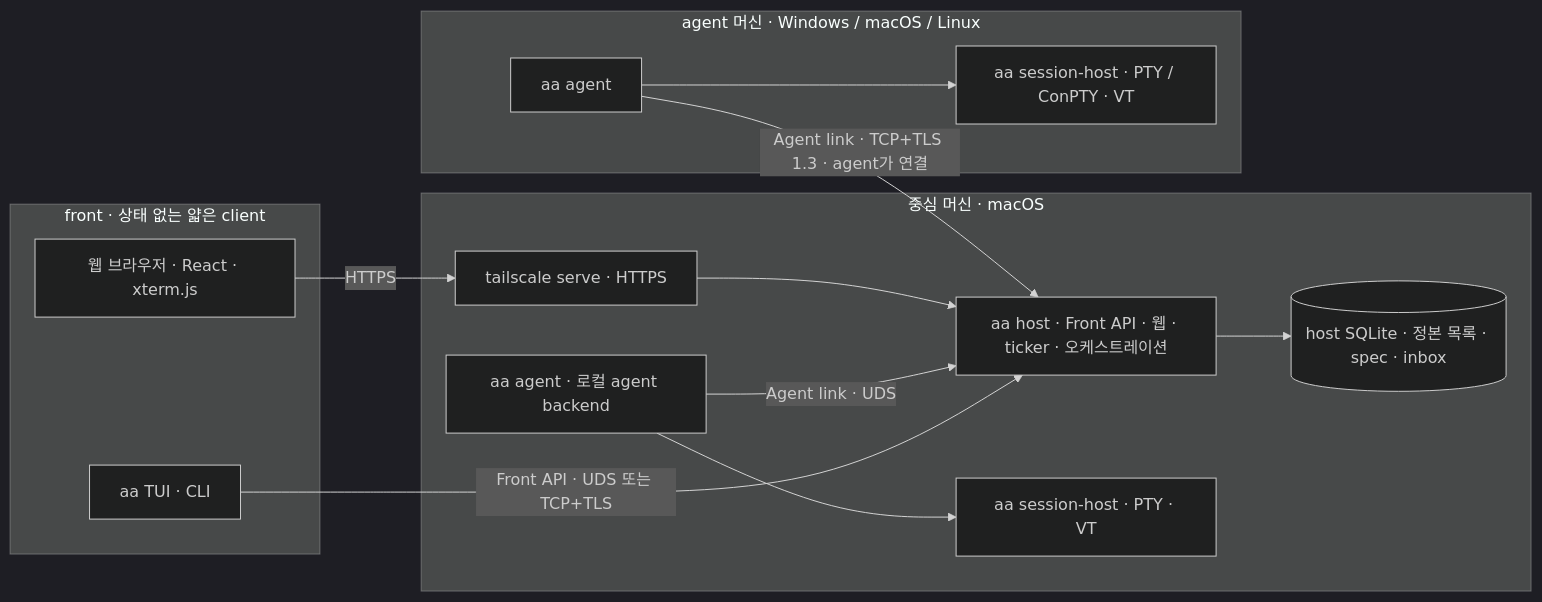
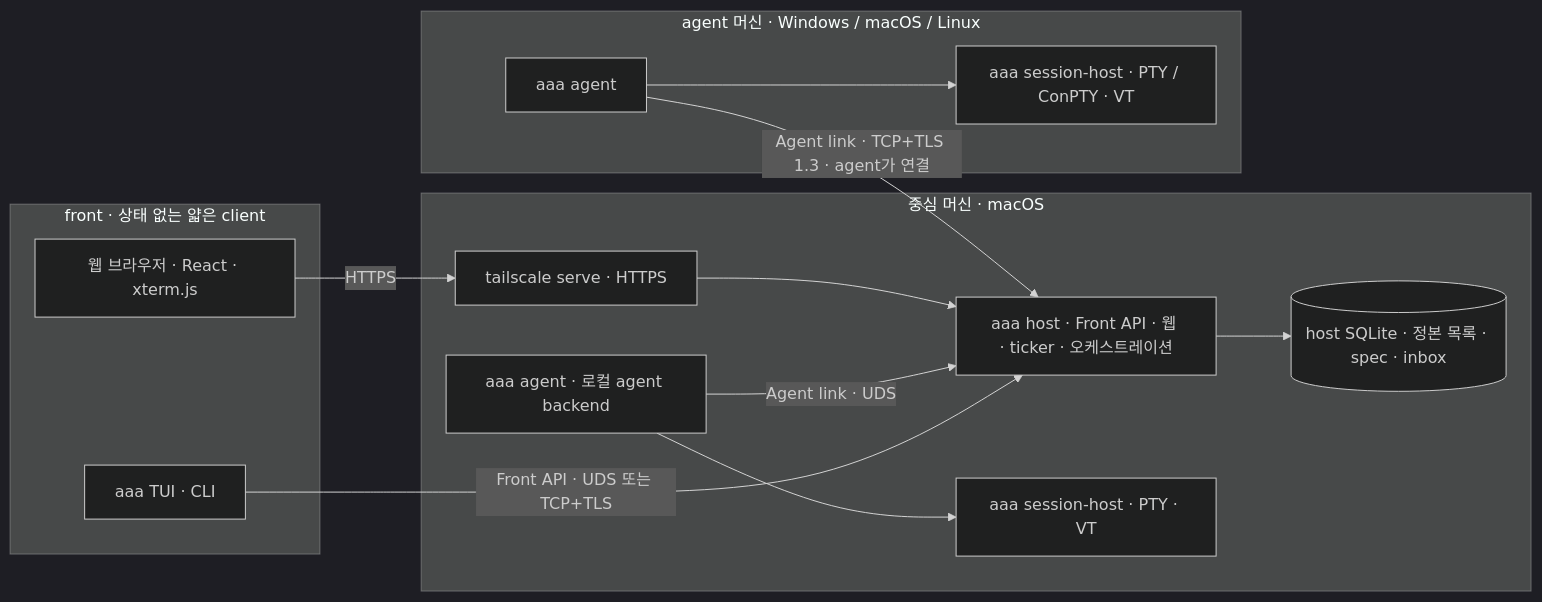
Before and after one commit to cLazyZombie/aa: the first of 2 diagrams in docs/plan.md, drawn with Mermaid (dark theme). The commit also changed other lines of this file and 190 other files, not shown here.

First line of the commit message:
이름 변경 aa → aaa(Any Agent, Anywhere, 결정 18)

````diff
--- a/docs/plan.md
+++ b/docs/plan.md
@@ -139,26 +140,26 @@
 ```mermaid
 flowchart LR
   subgraph FRONT[front · 상태 없는 얇은 client]
-    TUI[aa TUI · CLI]
+    TUI[aaa TUI · CLI]
     BR[웹 브라우저 · React · xterm.js]
   end
   subgraph HOSTM[중심 머신 · macOS]
     TS[tailscale serve · HTTPS]
-    H[aa host · Front API · 웹 · ticker · 오케스트레이션]
+    H[aaa host · Front API · 웹 · ticker · 오케스트레이션]
     HDB[(host SQLite · 정본 목록 · spec · inbox)]
-    LA[aa agent · 로컬 agent backend]
-    LS[aa session-host · PTY · VT]
+    LA[aaa agent · 로컬 agent backend]
+    LS[aaa session-host · PTY · VT]
     TS --> H
     H --> HDB
     LA -- Agent link · UDS --> H
     LA --> LS
   end
   subgraph AGM[agent 머신 · Windows / macOS / Linux]
-    RA[aa agent]
-    RS[aa session-host · PTY / ConPTY · VT]
+    RA[aaa agent]
+    RS[aaa session-host · PTY / ConPTY · VT]
     RA --> RS
   end
   TUI -- Front API · UDS 또는 TCP+TLS --> H
   BR -- HTTPS --> TS
   RA -- Agent link · TCP+TLS 1.3 · agent가 연결 --> H
 ```
````
